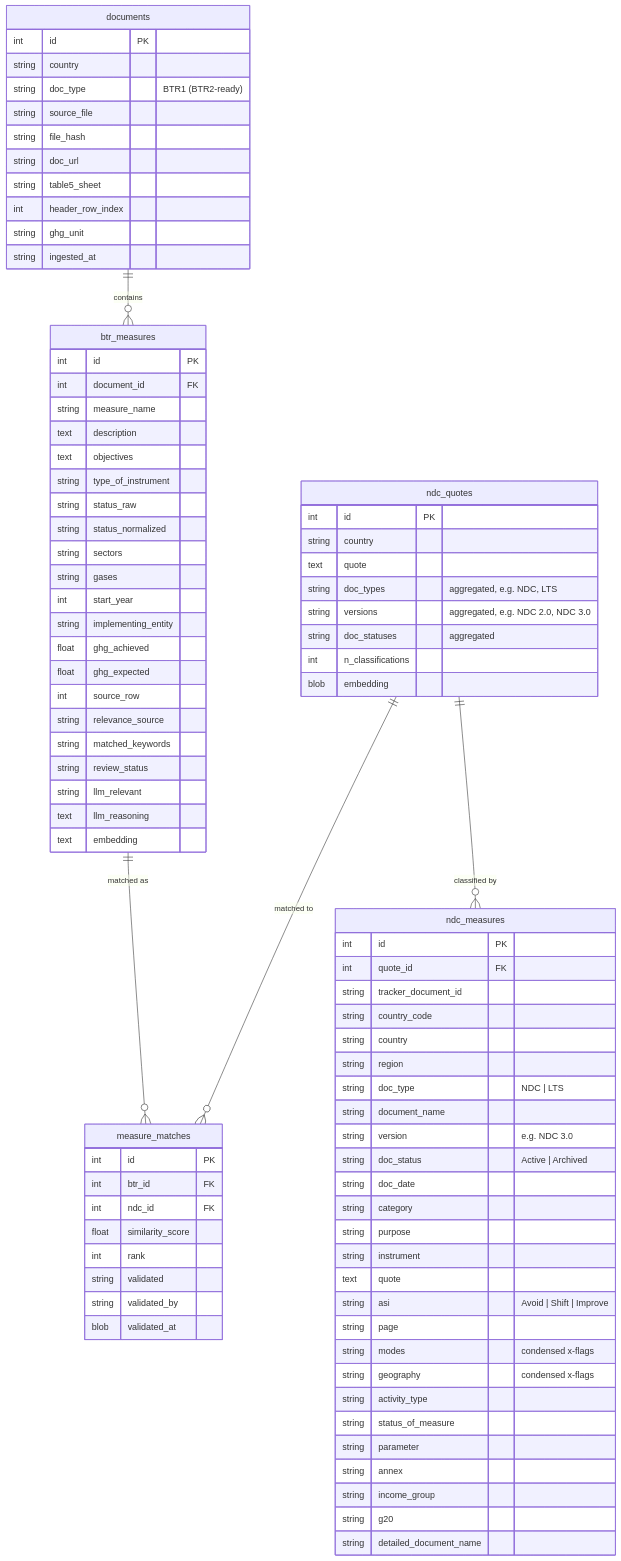
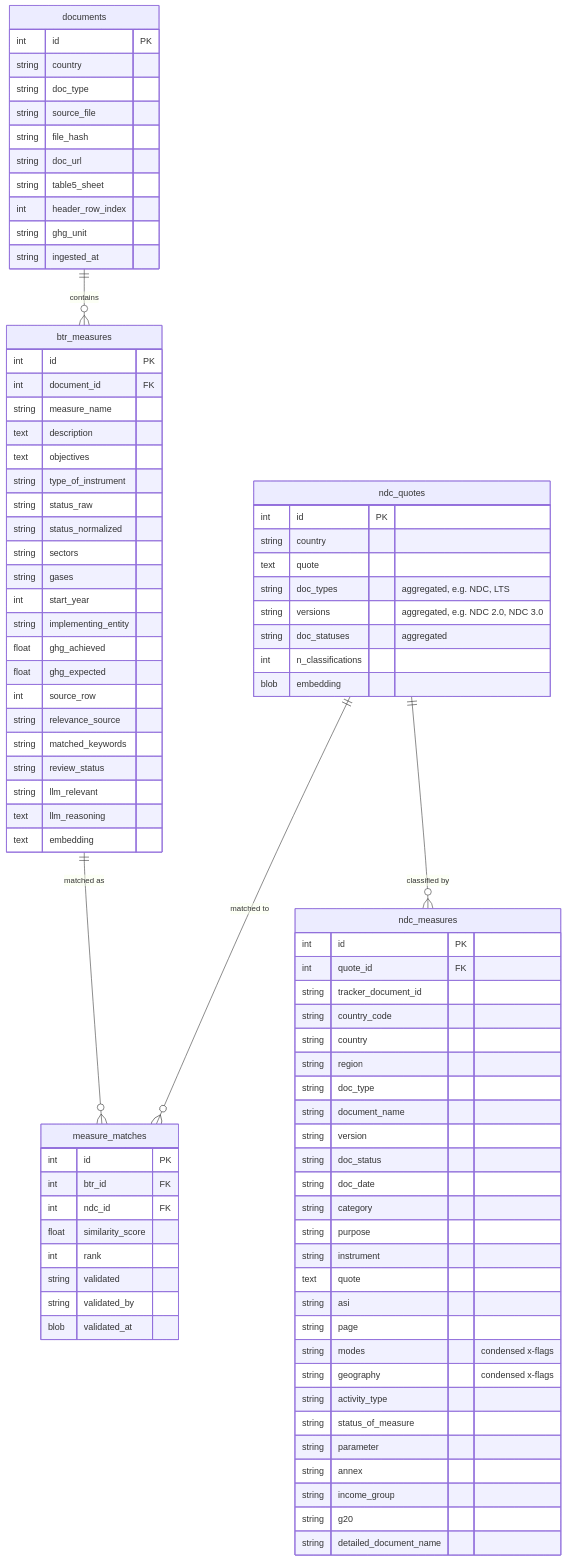
Before and after one commit to Changing-Transport/btr-analysis: the diagram in README.md, drawn with Mermaid. The commit also changed 2 other files, not shown here.

Commit message:
Extend planned-status keywords; README schema tidy-up
- extract: map "not yet implemented" / "not yet in force" to planned
  (checked before the implemented bucket, so the negation wins)
- README: reorder ndc_quotes after ndc_measures and drop inline comments
  from the erDiagram for cleaner rendering
- Ghana.xlsx re-saved by Excel (smaller file, identical Table 5 content;
  re-parse yields the same 7 measures)

```diff
--- a/README.md
+++ b/README.md
@@ -91,7 +91,7 @@
   documents {
     int id PK
     string country
-    string doc_type "BTR1 (BTR2-ready)"
+    string doc_type 
     string source_file
     string file_hash
     string doc_url
@@ -125,17 +125,6 @@
     text embedding
   }
 
-  ndc_quotes {
-    int id PK
-    string country
-    text quote
-    string doc_types "aggregated, e.g. NDC, LTS"
-    string versions "aggregated, e.g. NDC 2.0, NDC 3.0"
-    string doc_statuses "aggregated"
-    int n_classifications
-    blob embedding
-  }
-
   ndc_measures {
     int id PK
     int quote_id FK
@@ -143,16 +132,16 @@
     string country_code
     string country
     string region
-    string doc_type "NDC | LTS"
+    string doc_type 
     string document_name
-    string version "e.g. NDC 3.0"
-    string doc_status "Active | Archived"
+    string version 
+    string doc_status 
     string doc_date
     string category
     string purpose
     string instrument
     text quote
-    string asi "Avoid | Shift | Improve"
+    string asi 
     string page
     string modes "condensed x-flags"
     string geography "condensed x-flags"
@@ -163,6 +152,17 @@
     string income_group
     string g20
     string detailed_document_name
+  }
+
+  ndc_quotes {
+    int id PK
+    string country
+    text quote
+    string doc_types "aggregated, e.g. NDC, LTS"
+    string versions "aggregated, e.g. NDC 2.0, NDC 3.0"
+    string doc_statuses "aggregated"
+    int n_classifications
+    blob embedding
   }
 
   measure_matches {
```
